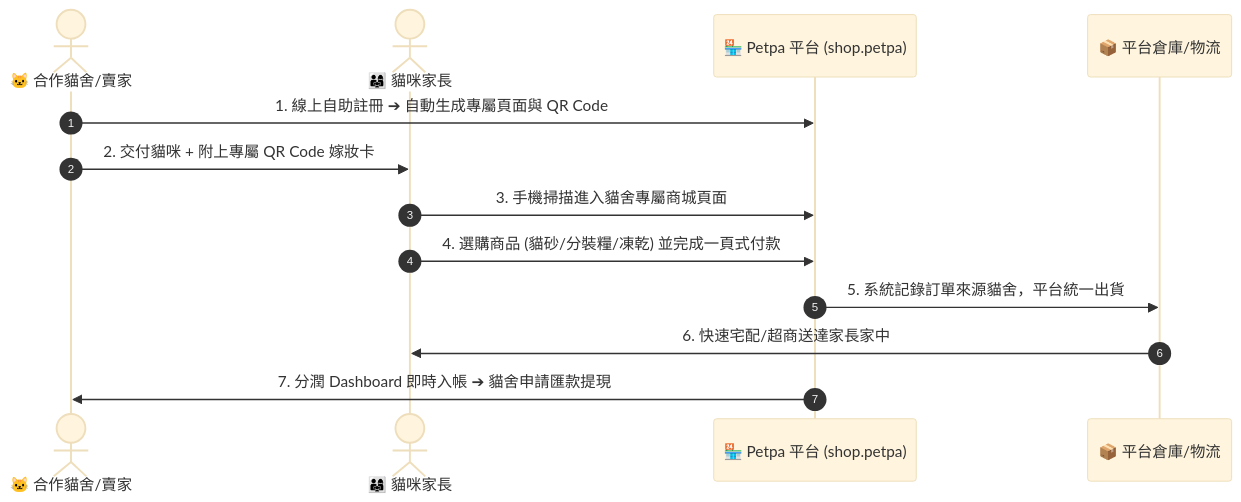
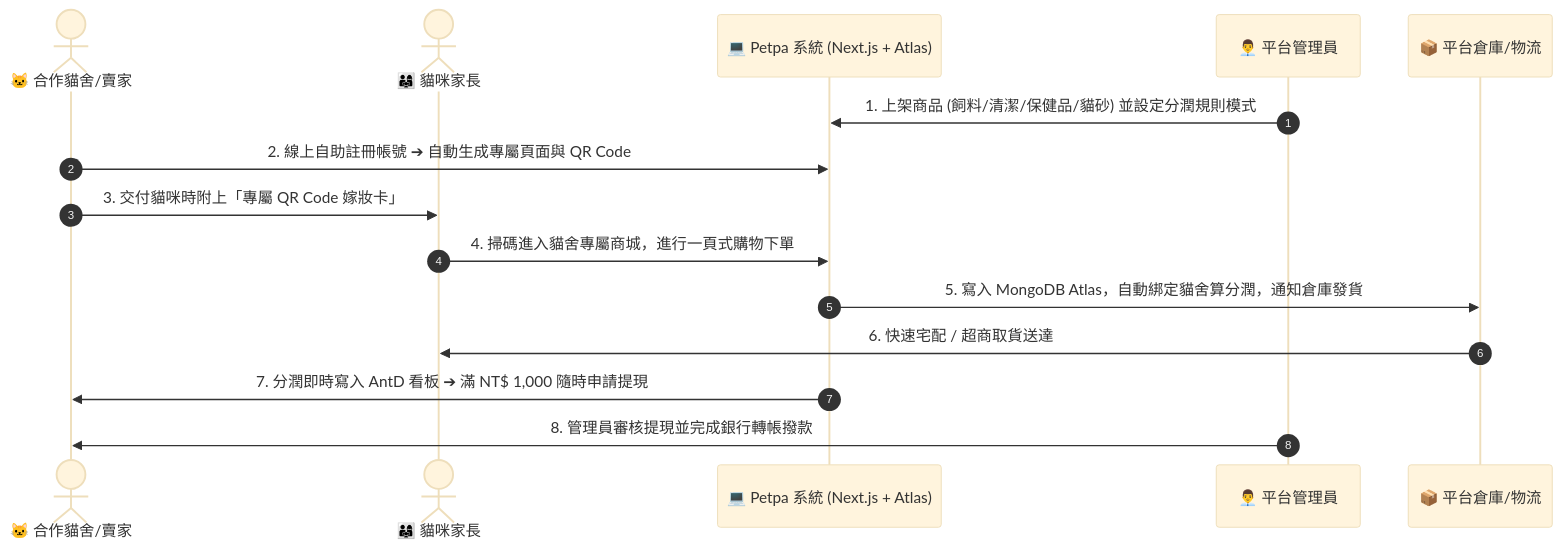
The second of 3 diagrams in OVERVIEW.md (steve-shih/Petpa), drawn with Mermaid (base theme) before and after one commit. The commit also changed other lines of this file and 2 other files, not shown here.

Commit message:
docs: finalize complete architecture, MongoDB Atlas integration, dynamic categories, and 4 commission models

````diff
--- a/OVERVIEW.md
+++ b/OVERVIEW.md
@@ -27,16 +56,18 @@
 ```mermaid
 sequenceDiagram
     autonumber
     actor Cattery as 🐱 合作貓舍/賣家
     actor Owner as 👨‍👩‍👧 貓咪家長
-    participant Platform as 🏪 Petpa 平台 (shop.petpa)
+    participant System as 💻 Petpa 系統 (Next.js + Atlas)
+    participant Admin as 👨‍💼 平台管理員
     participant Warehouse as 📦 平台倉庫/物流
 
-    Cattery->>Platform: 1. 線上自助註冊 ➔ 自動生成專屬頁面與 QR Code
-    Cattery->>Owner: 2. 交付貓咪 + 附上專屬 QR Code 嫁妝卡
-    Owner->>Platform: 3. 手機掃描進入貓舍專屬商城頁面
-    Owner->>Platform: 4. 選購商品 (貓砂/分裝糧/凍乾) 並完成一頁式付款
-    Platform->>Warehouse: 5. 系統記錄訂單來源貓舍，平台統一出貨
-    Warehouse->>Owner: 6. 快速宅配/超商送達家長家中
-    Platform->>Cattery: 7. 分潤 Dashboard 即時入帳 ➔ 貓舍申請匯款提現
+    Admin->>System: 1. 上架商品 (飼料/清潔/保健品/貓砂) 並設定分潤規則模式
+    Cattery->>System: 2. 線上自助註冊帳號 ➔ 自動生成專屬頁面與 QR Code
+    Cattery->>Owner: 3. 交付貓咪時附上「專屬 QR Code 嫁妝卡」
+    Owner->>System: 4. 掃碼進入貓舍專屬商城，進行一頁式購物下單
+    System->>Warehouse: 5. 寫入 MongoDB Atlas，自動綁定貓舍算分潤，通知倉庫發貨
+    Warehouse->>Owner: 6. 快速宅配 / 超商取貨送達
+    System->>Cattery: 7. 分潤即時寫入 AntD 看板 ➔ 滿 NT$ 1,000 隨時申請提現
+    Admin->>Cattery: 8. 管理員審核提現並完成銀行轉帳撥款
 ```
````
